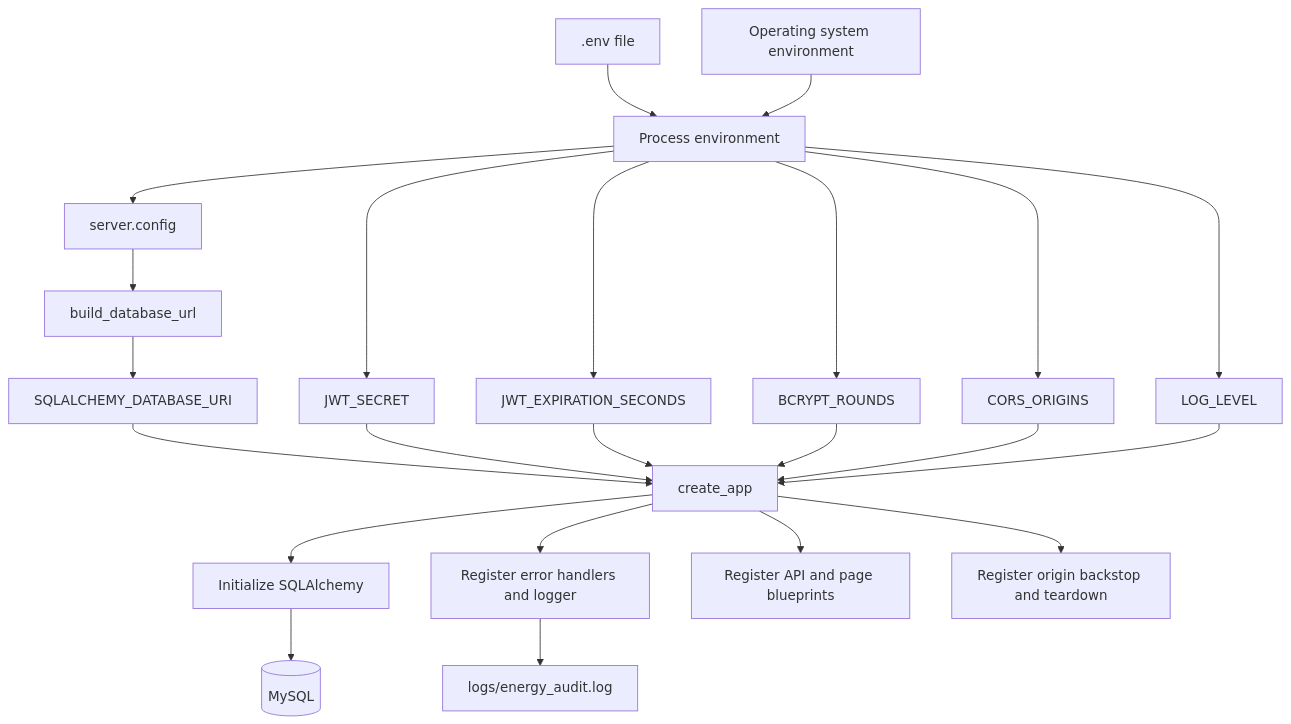
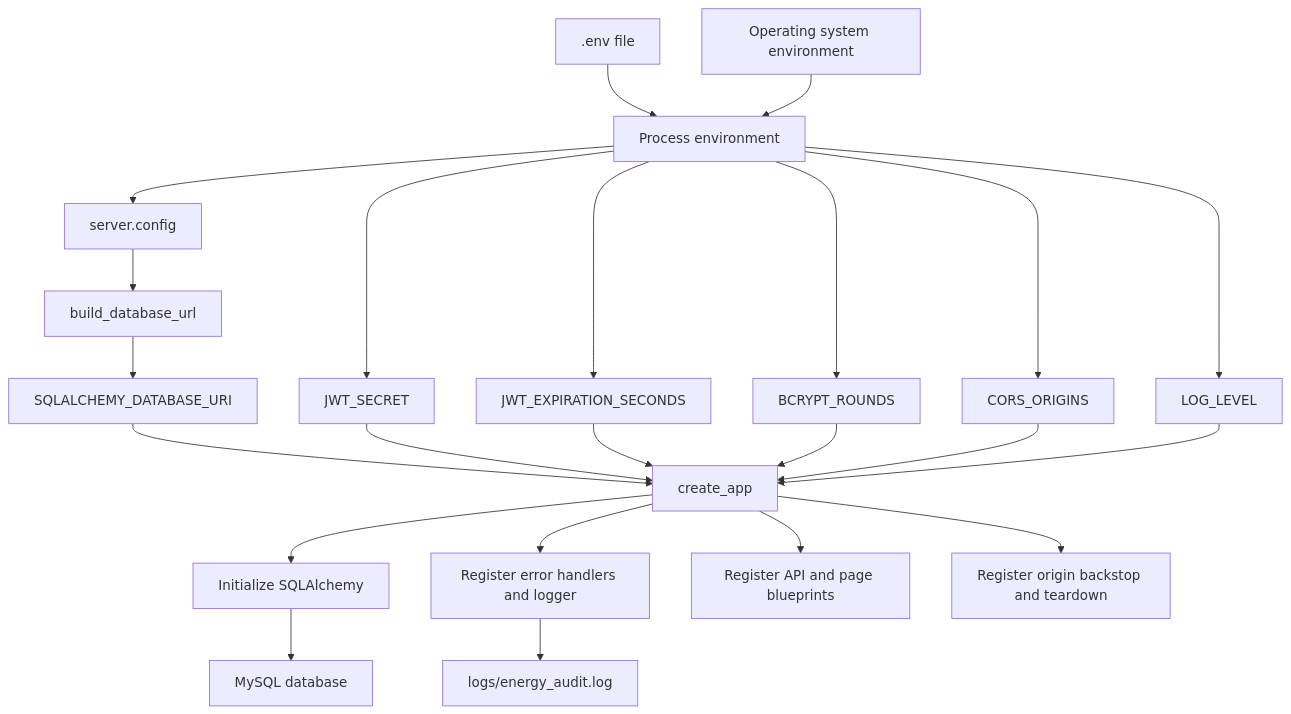
The ninth of 9 diagrams in docs/architecture.md (Briankimany/Energy-Audit-App), drawn with Mermaid before and after one commit. The commit also changed other lines of this file, not shown here.

Commit message:
docs: use broadly compatible mermaid flowchart syntax

````diff
--- a/docs/architecture.md
+++ b/docs/architecture.md
@@ -304,28 +301,28 @@
 ```mermaid
 flowchart TD
-    DOTENV[.env file] --> ENV[Process environment]
-    OSENV[Operating system environment] --> ENV
-    ENV --> CFG[server.config]
+    DOTENV[".env file"] --> ENV["Process environment"]
+    OSENV["Operating system environment"] --> ENV
+    ENV --> CFG["server.config"]
 
-    CFG --> URL[build_database_url]
-    URL --> URI[SQLALCHEMY_DATABASE_URI]
-    ENV --> JWTSEC[JWT_SECRET]
-    ENV --> JWTEXP[JWT_EXPIRATION_SECONDS]
-    ENV --> BCRYPT[BCRYPT_ROUNDS]
-    ENV --> CORS[CORS_ORIGINS]
-    ENV --> LOGLEVEL[LOG_LEVEL]
+    CFG --> URL["build_database_url"]
+    URL --> URI["SQLALCHEMY_DATABASE_URI"]
+    ENV --> JWTSEC["JWT_SECRET"]
+    ENV --> JWTEXP["JWT_EXPIRATION_SECONDS"]
+    ENV --> BCRYPT["BCRYPT_ROUNDS"]
+    ENV --> CORS["CORS_ORIGINS"]
+    ENV --> LOGLEVEL["LOG_LEVEL"]
 
-    URI --> FACTORY[create_app]
+    URI --> FACTORY["create_app"]
     JWTSEC --> FACTORY
     JWTEXP --> FACTORY
     BCRYPT --> FACTORY
     CORS --> FACTORY
     LOGLEVEL --> FACTORY
 
-    FACTORY --> EXT[Initialize SQLAlchemy]
-    FACTORY --> HANDLERS[Register error handlers and logger]
-    FACTORY --> BPS[Register API and page blueprints]
-    FACTORY --> GUARD[Register origin backstop and teardown]
-    EXT --> MYSQL[(MySQL)]
-    HANDLERS --> LOGFILE[logs/energy_audit.log]
+    FACTORY --> EXT["Initialize SQLAlchemy"]
+    FACTORY --> HANDLERS["Register error handlers and logger"]
+    FACTORY --> BPS["Register API and page blueprints"]
+    FACTORY --> GUARD["Register origin backstop and teardown"]
+    EXT --> MYSQL["MySQL database"]
+    HANDLERS --> LOGFILE["logs/energy_audit.log"]
 ```
````
